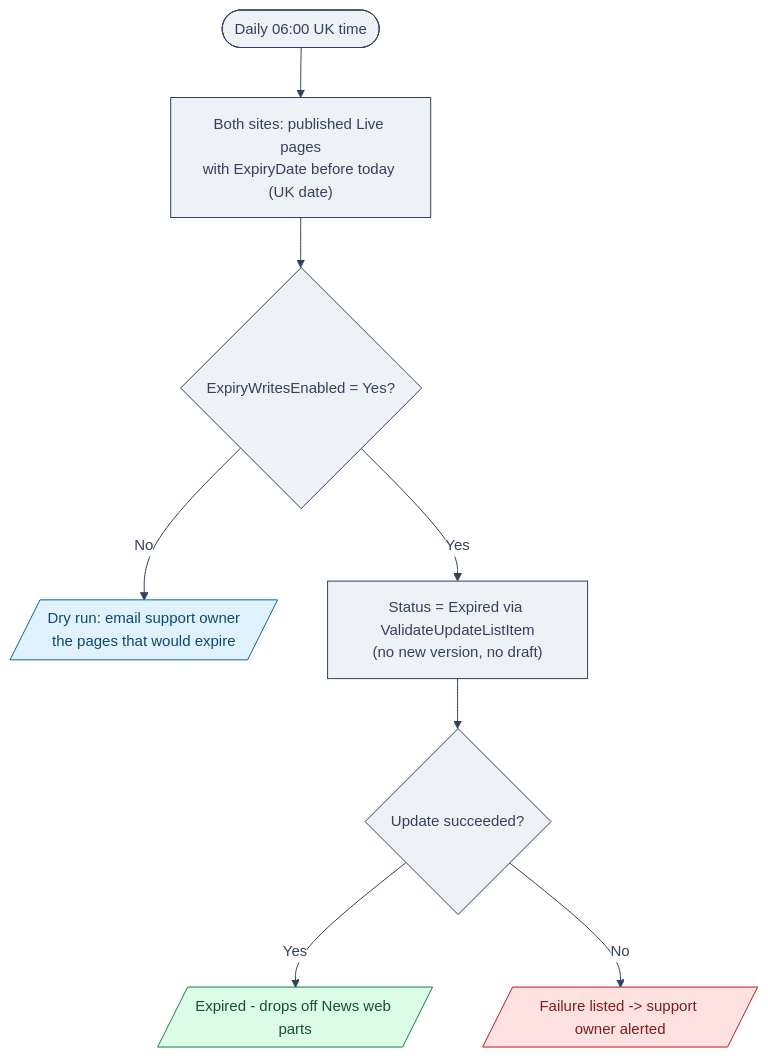
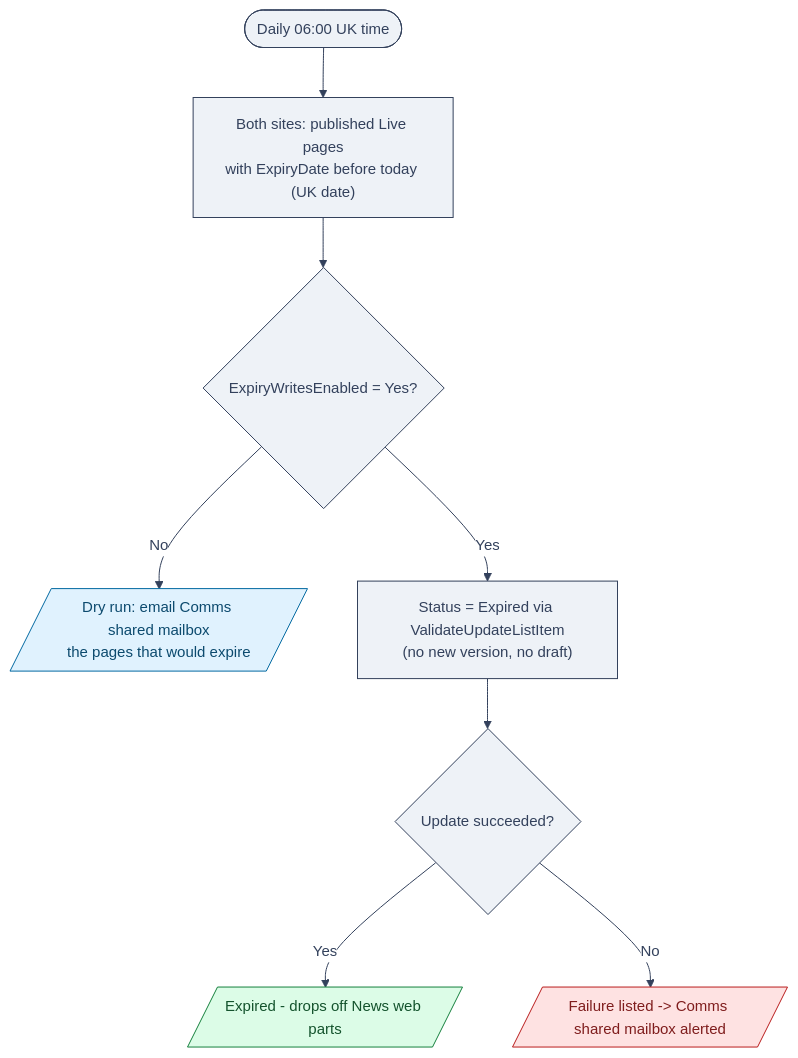
The second of 5 diagrams in solutions/SharePointNews/diagrams/news-flows.md (flinty-isd/Projects-hub), drawn with Mermaid before and after one commit. The commit also changed 12 other files, not shown here.

First line of the commit message:
News: support alerts go to the Communications shared mailbox, not Nigel Bell

````diff
--- a/solutions/SharePointNews/diagrams/news-flows.md
+++ b/solutions/SharePointNews/diagrams/news-flows.md
@@ -34,14 +34,14 @@
 ```mermaid
 %%{init: {'theme': 'base', 'themeVariables': {'fontFamily': 'Arial, Helvetica, sans-serif', 'fontSize': '15px', 'primaryColor': '#EEF2F7', 'primaryBorderColor': '#33415C', 'primaryTextColor': '#33415C', 'lineColor': '#33415C', 'clusterBkg': '#F7F8FA', 'clusterBorder': '#002E6D', 'edgeLabelBackground': '#ffffff', 'tertiaryColor': '#ffffff'}}}%%
 flowchart TD
   A([Daily 06:00 UK time]) --> Q["Both sites: published Live pages<br/>with ExpiryDate before today (UK date)"]
   Q --> W{"ExpiryWritesEnabled = Yes?"}
-  W -->|No| DRY[/"Dry run: email support owner<br/>the pages that would expire"/]:::info
+  W -->|No| DRY[/"Dry run: email Comms shared mailbox<br/>the pages that would expire"/]:::info
   W -->|Yes| U["Status = Expired via ValidateUpdateListItem<br/>(no new version, no draft)"]
   U --> OK{"Update succeeded?"}
   OK -->|Yes| EX[/"Expired - drops off News web parts"/]:::good
-  OK -->|No| F[/"Failure listed -> support owner alerted"/]:::bad
+  OK -->|No| F[/"Failure listed -> Comms shared mailbox alerted"/]:::bad
   classDef good fill:#dcfce7,stroke:#15803d,color:#14532d
   classDef bad fill:#fee2e2,stroke:#b91c1c,color:#7f1d1d
   classDef info fill:#e0f2fe,stroke:#0369a1,color:#0c4a6e
 ```
````
